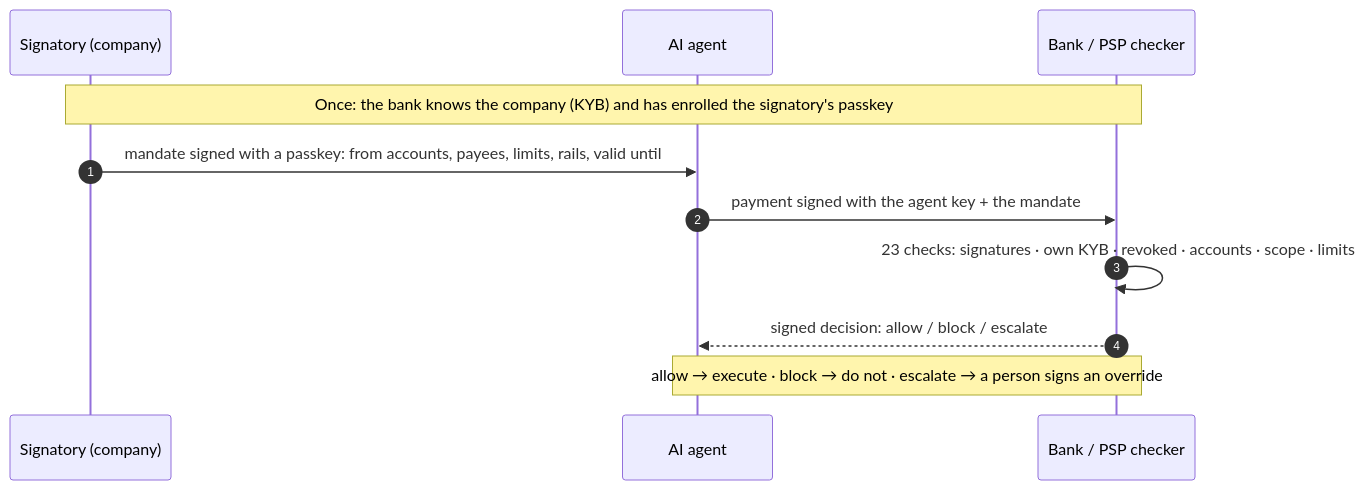
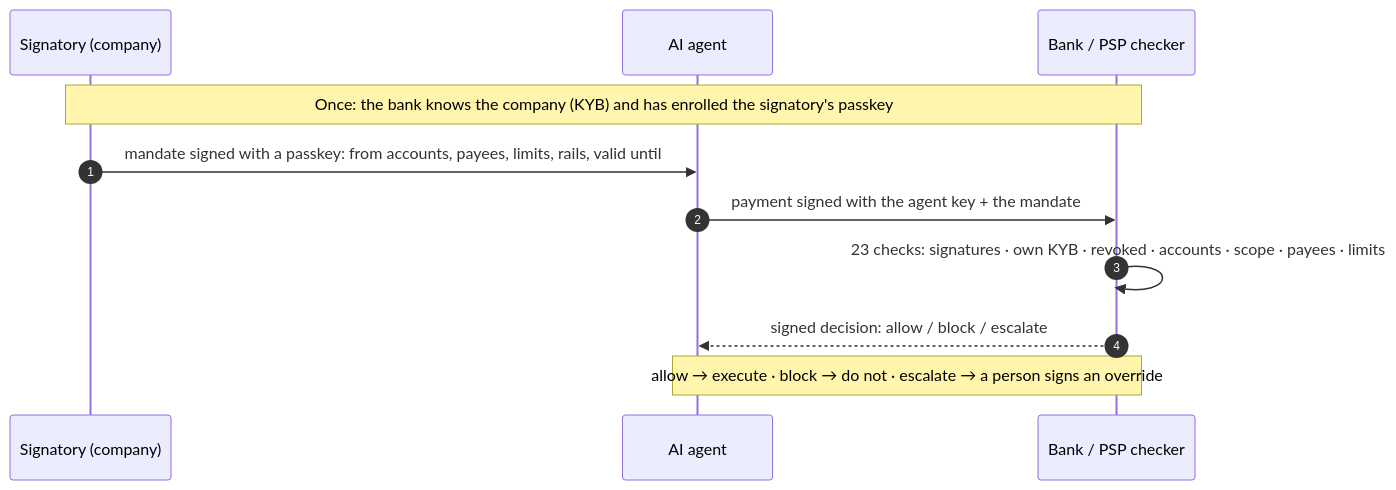
One commit to getgleipnir/gleipnir changed the diagram in spec/mandate.md. Above: the diagram before and after it, drawn with Mermaid. The commit also changed other lines of this file, not shown here.

First line of the commit message:
Spec 0.5: unlisted payees, changed-account block, payee approvals

````diff
--- a/spec/mandate.md
+++ b/spec/mandate.md
@@ -11,13 +11,13 @@
 ```mermaid
 sequenceDiagram
     autonumber
     participant S as Signatory (company)
     participant A as AI agent
     participant B as Bank / PSP checker
     Note over S,B: Once: the bank knows the company (KYB) and has enrolled the signatory's passkey
     S->>A: mandate signed with a passkey: from accounts, payees, limits, rails, valid until
     A->>B: payment signed with the agent key + the mandate
-    B->>B: 23 checks: signatures · own KYB · revoked · accounts · scope · limits
+    B->>B: 23 checks: signatures · own KYB · revoked · accounts · scope · payees · limits
     B-->>A: signed decision: allow / block / escalate
     Note over A,B: allow → execute · block → do not · escalate → a person signs an override
 ```
````
